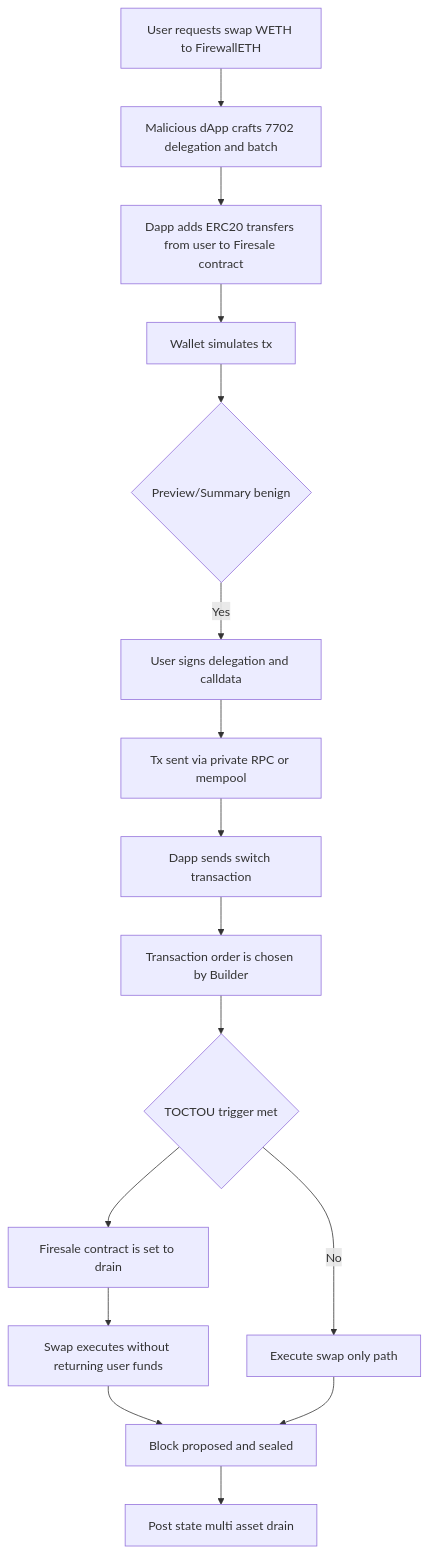
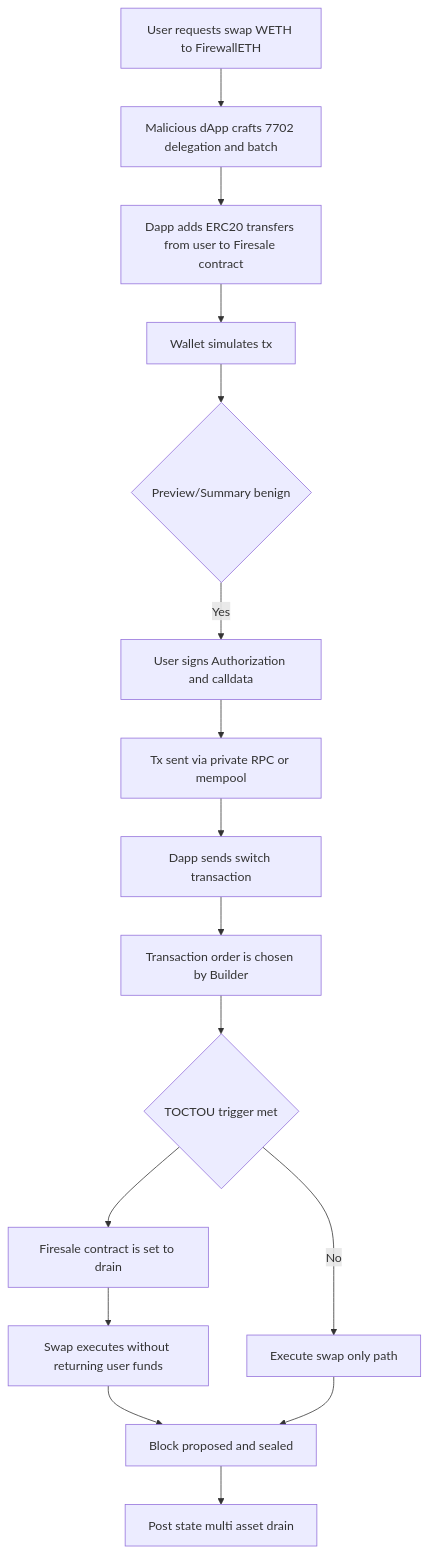
The diagram in attack_flow.md (IPSProtocol/esp_grant_report_payloads), drawn with Mermaid before and after one commit.

````diff
--- a/attack_flow.md
+++ b/attack_flow.md
@@ -2,20 +2,20 @@
 ``` mermaid
 
   graph TD
   S[User requests swap WETH to FirewallETH] --> D1[Malicious dApp crafts 7702 delegation and batch]
   D1 --> Set[Dapp adds ERC20 transfers from user to Firesale contract]
   Set --> Sim[Wallet simulates tx]
   Sim --> B1{Preview/Summary benign}
-  B1 -->|Yes| Sign[User signs delegation and calldata]
+  B1 -->|Yes| Sign[User signs Authorization and calldata]
   Sign --> Pri[Tx sent via private RPC or mempool]
   Pri --> Mal[Dapp sends switch transaction]
   Mal --> Inc[Transaction order is chosen by Builder]
   Inc --> Trig{TOCTOU trigger met}
   Trig --> Flip[Firesale contract is set to drain]
   Flip --> Swp[Swap executes without returning user funds]
   Swp --> Blk[Block proposed and sealed]
   Blk --> Res[Post state multi asset drain]
   Trig -->|No| Benign[Execute swap only path]
   Benign --> Blk
 
 ```
````
